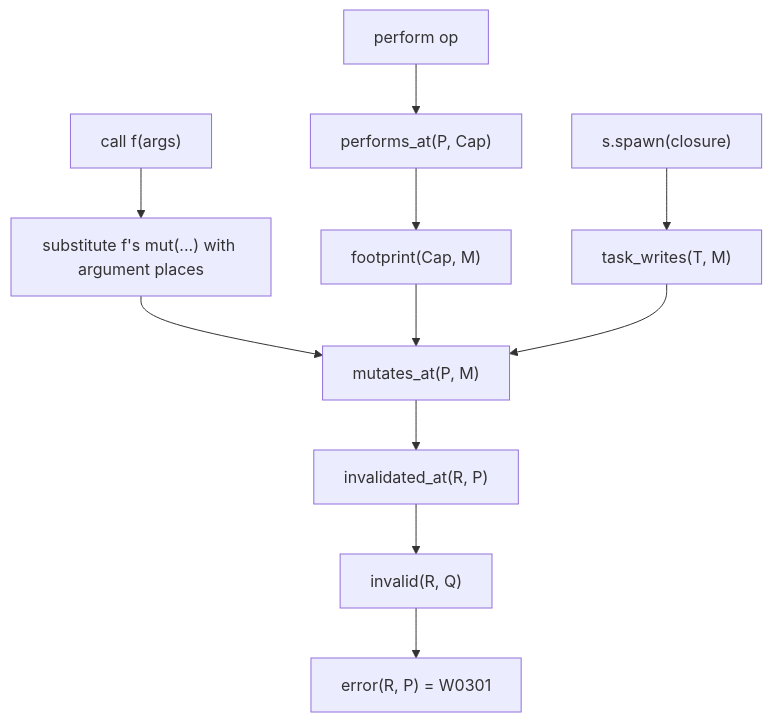
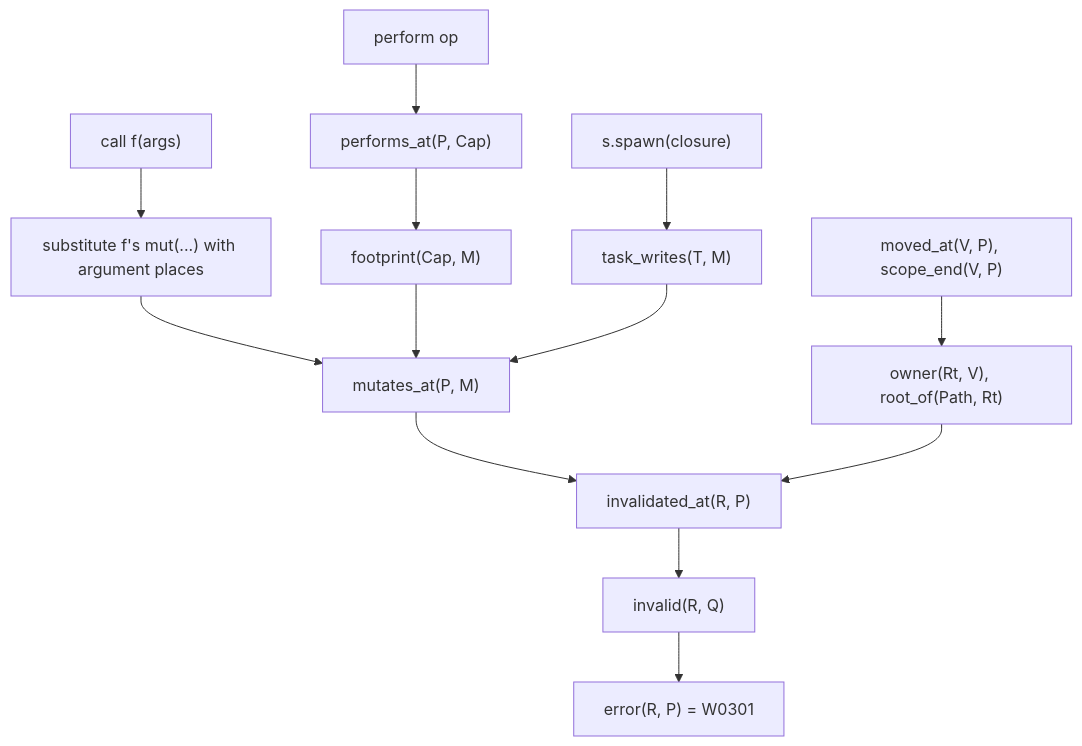
The second of 2 diagrams in docs/architecture.md (madmax983/weft), drawn with Mermaid before and after one commit. The commit also changed other lines of this file and 16 other files, not shown here.

````diff
--- a/docs/architecture.md
+++ b/docs/architecture.md
@@ -25,7 +25,8 @@
 ```mermaid
 flowchart TD
     call["call f(args)"] --> subst["substitute f's mut(...) with argument places"] --> mut["mutates_at(P, M)"]
     perform["perform op"] --> cap["performs_at(P, Cap)"] --> fp["footprint(Cap, M)"] --> mut
     spawn["s.spawn(closure)"] --> tw["task_writes(T, M)"] --> mut
     mut --> inv["invalidated_at(R, P)"] --> invalid["invalid(R, Q)"] --> err["error(R, P) = W0301"]
+    drop["moved_at(V, P), scope_end(V, P)"] --> own["owner(Rt, V), root_of(Path, Rt)"] --> inv
 ```
````
